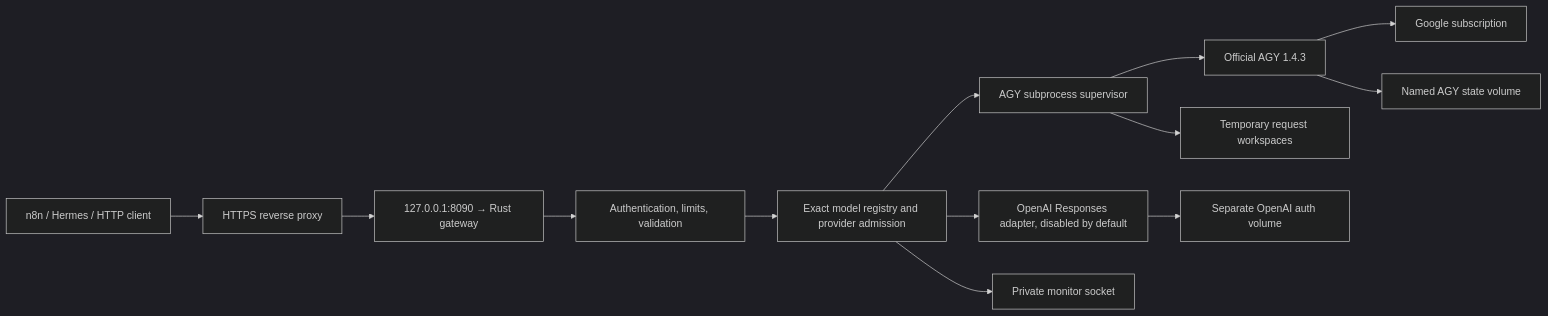
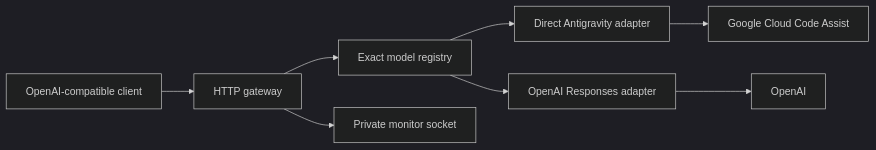
One commit to leomleao/ai-router changed the diagram in README.md. Above: the diagram before and after it, drawn with Mermaid (dark theme). The commit also changed other lines of this file and 49 other files, not shown here.

Commit message:
Replace AGY CLI inference with reviewed direct Antigravity routing

````diff
--- a/README.md
+++ b/README.md
@@ -14,15 +13,10 @@
 ```mermaid
 flowchart LR
-    C[n8n / Hermes / HTTP client] --> P[HTTPS reverse proxy]
-    P --> GW[127.0.0.1:8090 → Rust gateway]
-    GW --> A[Authentication, limits, validation]
-    A --> X[Exact model registry and provider admission]
-    X --> M[AGY subprocess supervisor]
-    X --> O[OpenAI Responses adapter, disabled by default]
-    M --> G[Official AGY 1.4.3]
-    G --> S[Google subscription]
-    X --> T[Private monitor socket]
-    G --> V[Named AGY state volume]
-    O --> OV[Separate OpenAI auth volume]
-    M --> W[Temporary request workspaces]
+    C[OpenAI-compatible client] --> G[HTTP gateway]
+    G --> R[Exact model registry]
+    R --> A[Direct Antigravity adapter]
+    R --> O[OpenAI Responses adapter]
+    A --> AG[Google Cloud Code Assist]
+    O --> OP[OpenAI]
+    G --> M[Private monitor socket]
 ```
````
